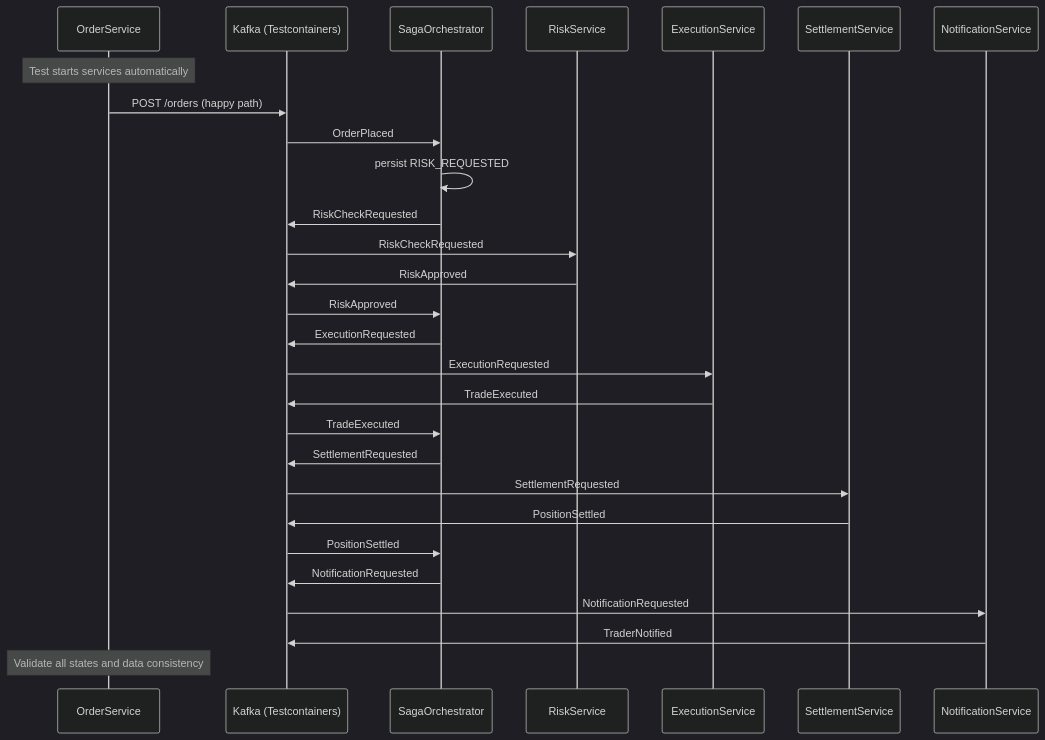
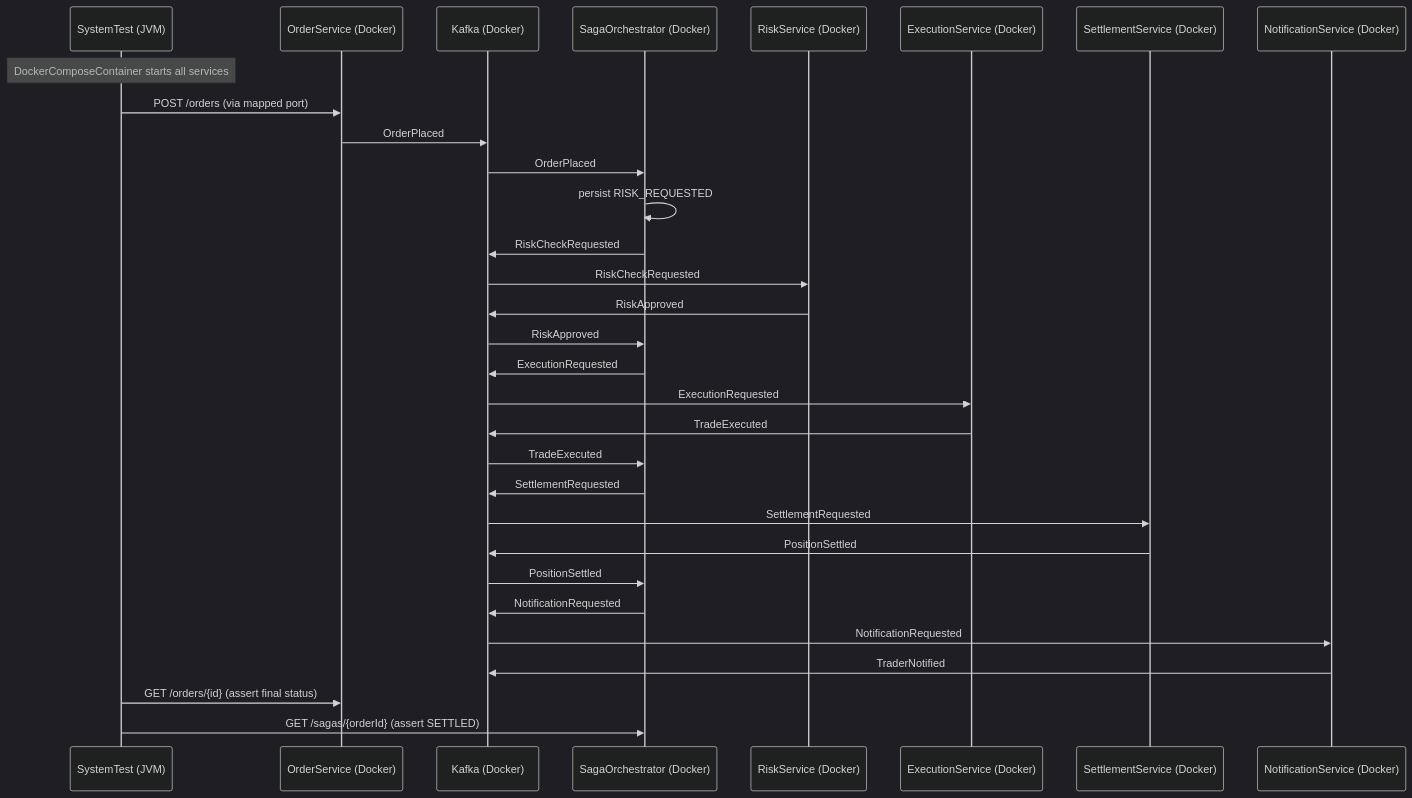
One commit to rbreunung/spring-kotlin-kafka-gradle-demo-2 changed the second of 2 diagrams in docs/features/FEAT-007-system-test.md. Above: the diagram before and after it, drawn with Mermaid (dark theme). The commit also changed other lines of this file and 4 other files, not shown here.

````diff
--- a/docs/features/FEAT-007-system-test.md
+++ b/docs/features/FEAT-007-system-test.md
@@ -58,32 +72,35 @@
 ```mermaid
 sequenceDiagram
-    participant OrderService as OrderService
-    participant Kafka as Kafka (Testcontainers)
-    participant SagaOrchestrator as SagaOrchestrator
-    participant RiskService as RiskService
-    participant ExecutionService as ExecutionService
-    participant SettlementService as SettlementService
-    participant NotificationService as NotificationService
+    participant Test as SystemTest (JVM)
+    participant OrderService as OrderService (Docker)
+    participant Kafka as Kafka (Docker)
+    participant SagaOrchestrator as SagaOrchestrator (Docker)
+    participant RiskService as RiskService (Docker)
+    participant ExecutionService as ExecutionService (Docker)
+    participant SettlementService as SettlementService (Docker)
+    participant NotificationService as NotificationService (Docker)
 
-    Note over OrderService: Test starts services automatically
+    Note over Test: DockerComposeContainer starts all services
 
-    OrderService->>Kafka: POST /orders (happy path)
+    Test->>OrderService: POST /orders (via mapped port)
+    OrderService->>Kafka: OrderPlaced
     Kafka->>SagaOrchestrator: OrderPlaced
     SagaOrchestrator->>SagaOrchestrator: persist RISK_REQUESTED
     SagaOrchestrator->>Kafka: RiskCheckRequested
     Kafka->>RiskService: RiskCheckRequested
     RiskService->>Kafka: RiskApproved
     Kafka->>SagaOrchestrator: RiskApproved
     SagaOrchestrator->>Kafka: ExecutionRequested
     Kafka->>ExecutionService: ExecutionRequested
     ExecutionService->>Kafka: TradeExecuted
     Kafka->>SagaOrchestrator: TradeExecuted
     SagaOrchestrator->>Kafka: SettlementRequested
     Kafka->>SettlementService: SettlementRequested
     SettlementService->>Kafka: PositionSettled
     Kafka->>SagaOrchestrator: PositionSettled
     SagaOrchestrator->>Kafka: NotificationRequested
     Kafka->>NotificationService: NotificationRequested
     NotificationService->>Kafka: TraderNotified
-    Note over OrderService: Validate all states and data consistency
+    Test->>OrderService: GET /orders/{id} (assert final status)
+    Test->>SagaOrchestrator: GET /sagas/{orderId} (assert SETTLED)
 ```
````
